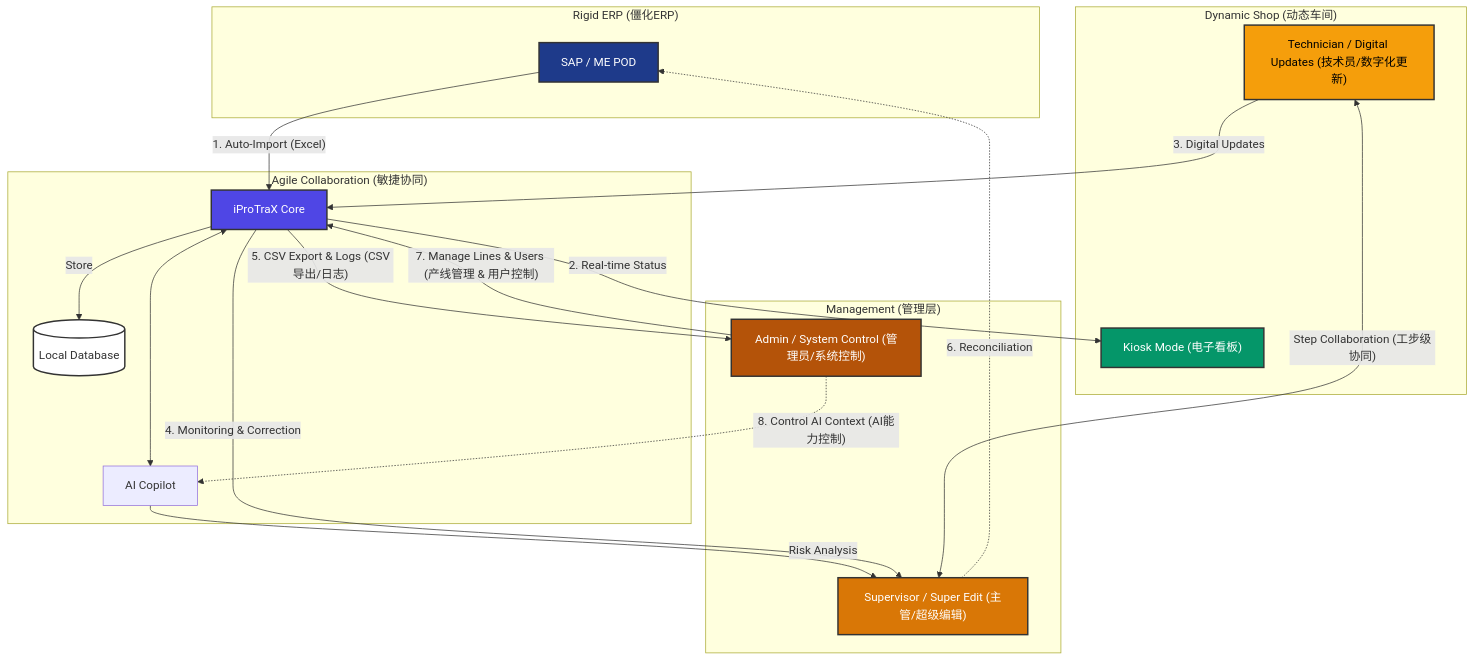
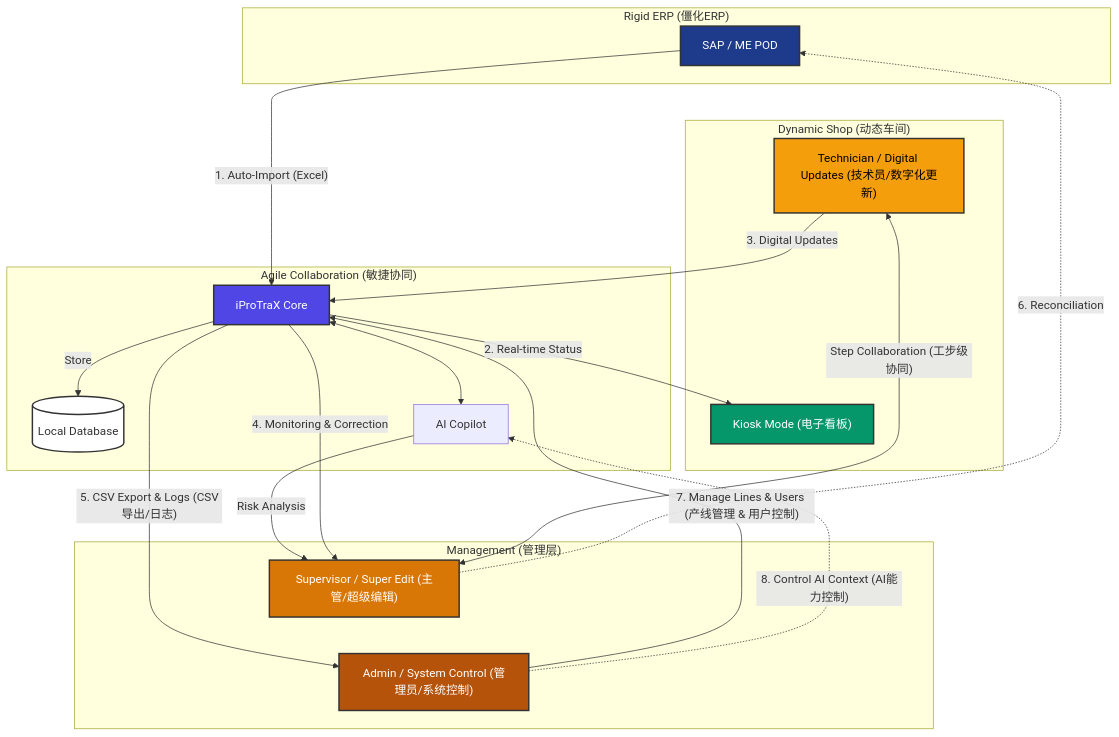
One commit to Tropical8818/ProTracker changed the diagram in README_ZH.md. Above: the diagram before and after it, drawn with Mermaid. The commit also changed 1 other file, not shown here.

Commit message:
docs: align mermaid subgraphs using invisible links

````diff
--- a/README_ZH.md
+++ b/README_ZH.md
@@ -41,53 +41,57 @@
 ```mermaid
 graph TD
     subgraph RigidERP ["Rigid ERP (僵化ERP)"]
         SAP[SAP / ME POD]
     end
 
     subgraph DynamicShop ["Dynamic Shop (动态车间)"]
         Tech["Technician / Digital Updates (技术员/数字化更新)"]
         Kiosk["Kiosk Mode (电子看板)"]
     end
 
     subgraph AgileCollaboration ["Agile Collaboration (敏捷协同)"]
         Core[iProTraX Core]
         DB[(Local Database)]
         AI[AI Copilot]
     end
 
     subgraph Management ["Management (管理层)"]
         Supervisor["Supervisor / Super Edit (主管/超级编辑)"]
         Admin["Admin / System Control (管理员/系统控制)"]
     end
 
     %% Connections
     SAP -->|"1. Auto-Import (Excel)"| Core
     Core -->|"2. Real-time Status"| Kiosk
     Tech -->|"3. Digital Updates"| Core
     Core -->|"Store"| DB
     Core <--> AI
     AI -->|"Risk Analysis"| Supervisor
     Core -->|"4. Monitoring & Correction"| Supervisor
     Core -->|"5. CSV Export & Logs (CSV导出/日志)"| Admin
     Admin -->|"7. Manage Lines & Users (产线管理 & 用户控制)"| Core
     Admin -.->|"8. Control AI Context (AI能力控制)"| AI
     Supervisor -.->|"6. Reconciliation"| SAP
     Tech <-->|"Step Collaboration (工步级协同)"| Supervisor
 
+    %% Layout Enforcement
+    SAP ~~~ Tech
+    Supervisor ~~~ Admin
+
     %% Styling
     classDef sap fill:#1e3a8a,stroke:#333,stroke-width:2px,color:white;
     classDef core fill:#4f46e5,stroke:#333,stroke-width:2px,color:white;
     classDef kiosk fill:#059669,stroke:#333,stroke-width:2px,color:white;
     classDef super fill:#d97706,stroke:#333,stroke-width:2px,color:white;
     classDef admin fill:#b45309,stroke:#333,stroke-width:2px,color:white;
     classDef db fill:#fff,stroke:#333,stroke-width:2px;
     classDef shop fill:#f59e0b,stroke:#333,stroke-width:2px,color:black;
 
     class SAP sap;
     class Core core;
     class Kiosk kiosk;
     class Supervisor super;
     class Admin admin;
     class DB db;
     class Tech shop;
 ```
````
